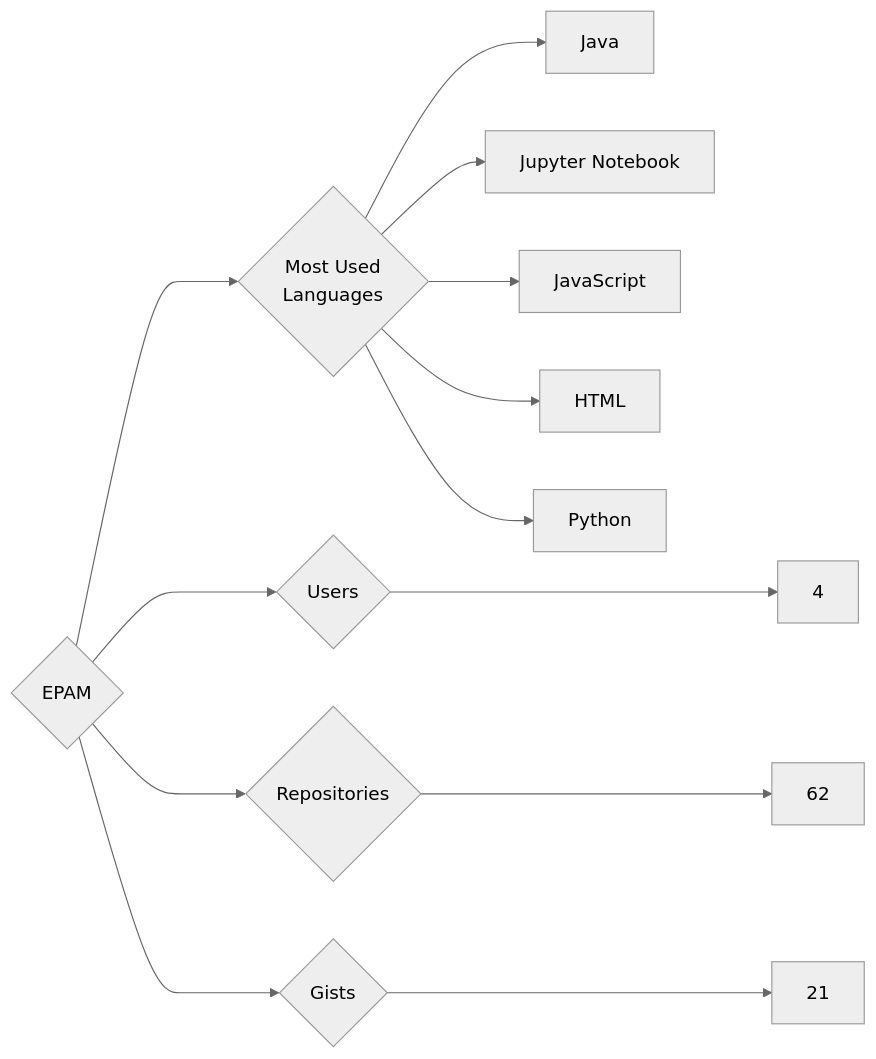
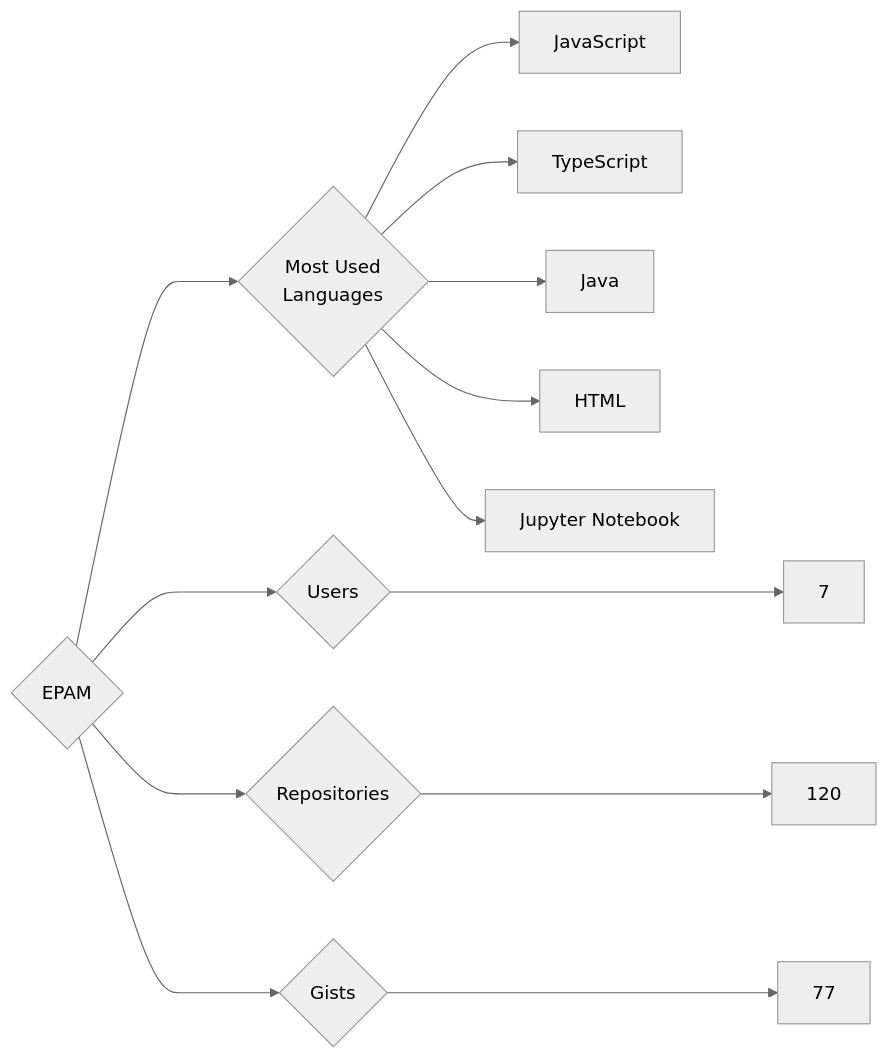
Before and after one commit to trickest/insiders: the diagram in targets/EPAM/README.md, drawn with Mermaid (neutral theme). The commit also changed 912 other files, not shown here.

````diff
--- a/targets/EPAM/README.md
+++ b/targets/EPAM/README.md
@@ -3,13 +3,13 @@
 ```mermaid
 graph LR
 COMPANY_NAME{EPAM}
-COMPANY_NAME ---> U{Users} ---> UN[4]
-COMPANY_NAME ---> R{Repositories} ---> RN[62]
-COMPANY_NAME ---> G{Gists} ---> GN[21]
+COMPANY_NAME ---> U{Users} ---> UN[7]
+COMPANY_NAME ---> R{Repositories} ---> RN[120]
+COMPANY_NAME ---> G{Gists} ---> GN[77]
 COMPANY_NAME ---> ML{Most Used<br>Languages}
+ML --> JavaScript[JavaScript]
+ML --> TypeScript[TypeScript]
 ML --> Java[Java]
+ML --> HTML[HTML]
 ML --> Jupyter_Notebook[Jupyter Notebook]
-ML --> JavaScript[JavaScript]
-ML --> HTML[HTML]
-ML --> Python[Python]
 ```
````
